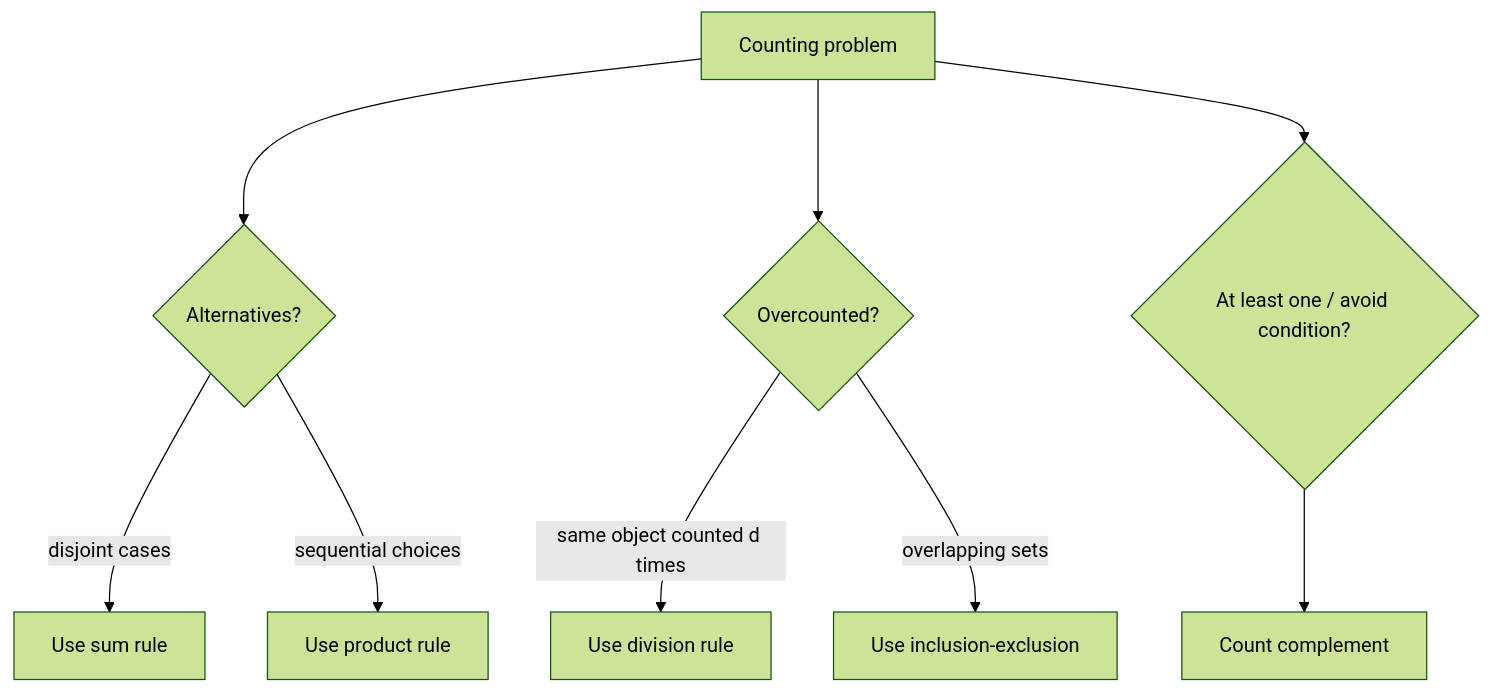
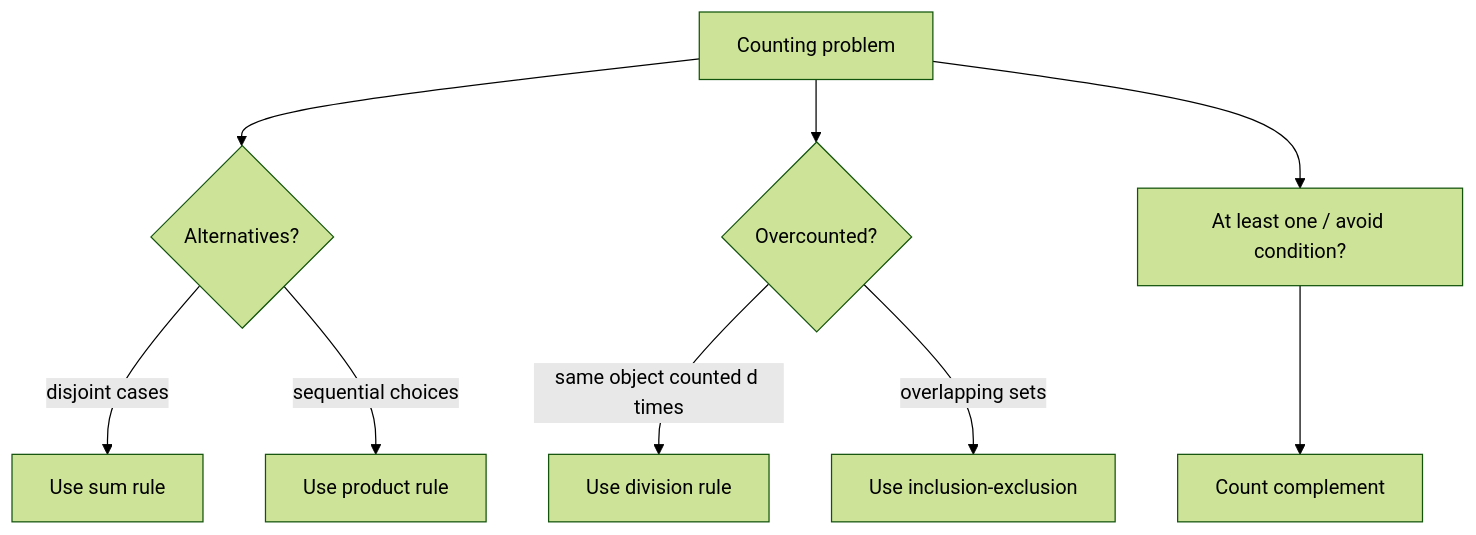
One commit to justinbrianhwang/SJ-wiki changed the diagram in docs/math/discrete/counting-principles.md. Above: the diagram before and after it, drawn with Mermaid (forest theme). The commit also changed other lines of this file and 955 other files, not shown here.

````diff
--- a/docs/math/discrete/counting-principles.md
+++ b/docs/math/discrete/counting-principles.md
@@ -64,11 +64,11 @@
 ```mermaid
 flowchart TD
   A[Counting problem] --> B{"Alternatives?"}
   B -->|disjoint cases| C[Use sum rule]
   B -->|sequential choices| D[Use product rule]
   A --> E{"Overcounted?"}
   E -->|same object counted d times| F[Use division rule]
   E -->|overlapping sets| G[Use inclusion-exclusion]
-  A --> H{"At least one / avoid condition?"}
+  A --> H["At least one / avoid condition?"]
   H --> I[Count complement]
 ```
````
